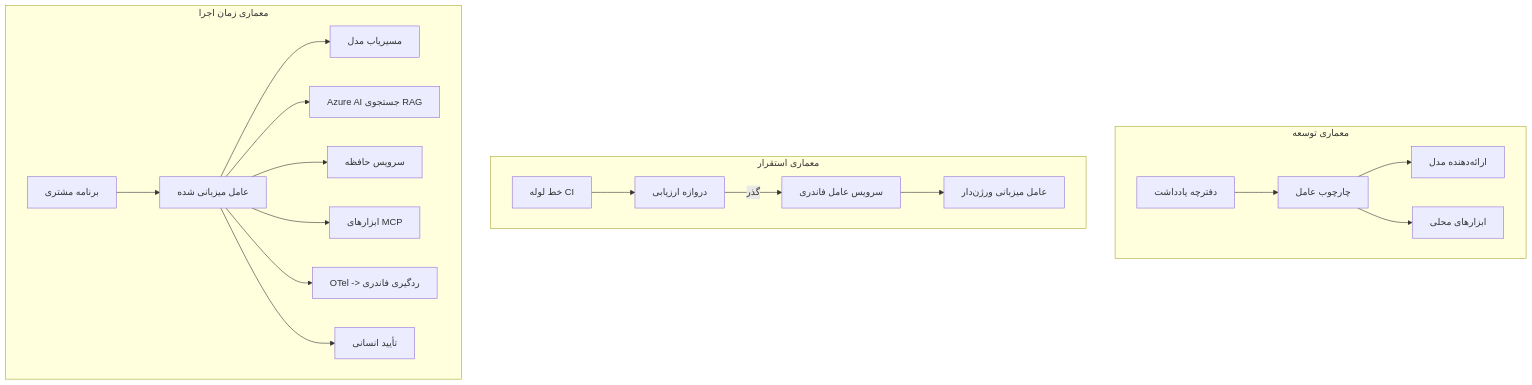
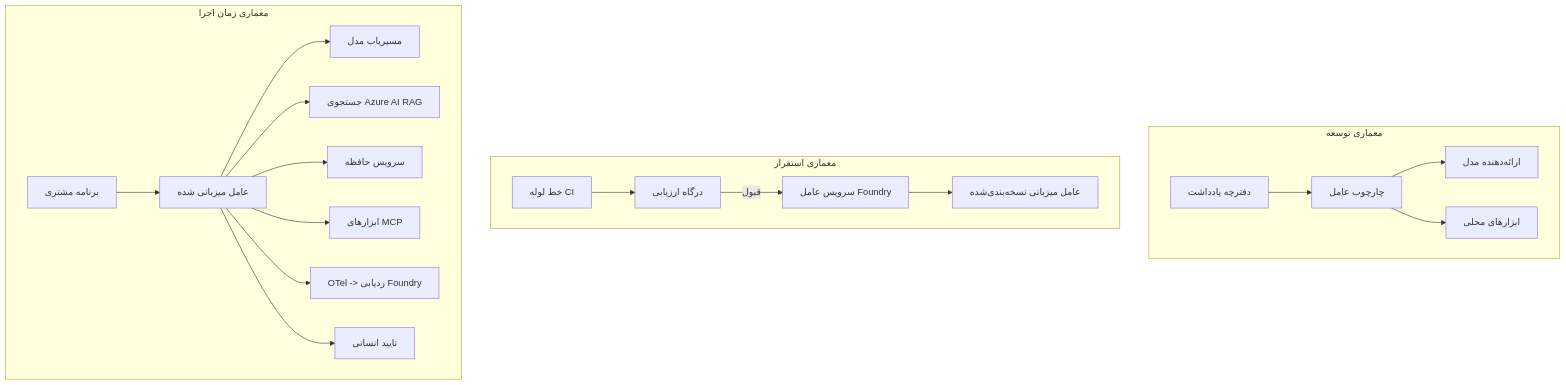
The fourth of 4 diagrams in translations/fa/16-deploying-scalable-agents/README.md (microsoft/ai-agents-for-beginners), drawn with Mermaid before and after one commit. The commit also changed other lines of this file and 47 other files, not shown here.

````diff
--- a/translations/fa/16-deploying-scalable-agents/README.md
+++ b/translations/fa/16-deploying-scalable-agents/README.md
@@ -185,22 +185,22 @@
 ```mermaid
 flowchart TB
     subgraph Dev[معماری توسعه]
         D1[دفترچه یادداشت] --> D2[چارچوب عامل]
         D2 --> D3[ارائه‌دهنده مدل]
         D2 --> D4[ابزارهای محلی]
     end
     subgraph Deploy[معماری استقرار]
-        E1[خط لوله CI] --> E2[دروازه ارزیابی]
-        E2 -->|گذر| E3[سرویس عامل فاندری]
-        E3 --> E4[عامل میزبانی ورژن‌دار]
+        E1[خط لوله CI] --> E2[درگاه ارزیابی]
+        E2 -->|قبول| E3[سرویس عامل Foundry]
+        E3 --> E4[عامل میزبانی نسخه‌بندی‌شده]
     end
     subgraph Run[معماری زمان اجرا]
         F1[برنامه مشتری] --> F2[عامل میزبانی شده]
         F2 --> F3[مسیریاب مدل]
-        F2 --> F4[Azure AI جستجوی RAG]
+        F2 --> F4[جستجوی Azure AI RAG]
         F2 --> F5[سرویس حافظه]
         F2 --> F6[ابزارهای MCP]
-        F2 --> F7[OTel -> ردگیری فاندری]
-        F2 --> F8[تأیید انسانی]
+        F2 --> F7[OTel -> ردیابی Foundry]
+        F2 --> F8[تایید انسانی]
     end
 ```
````
